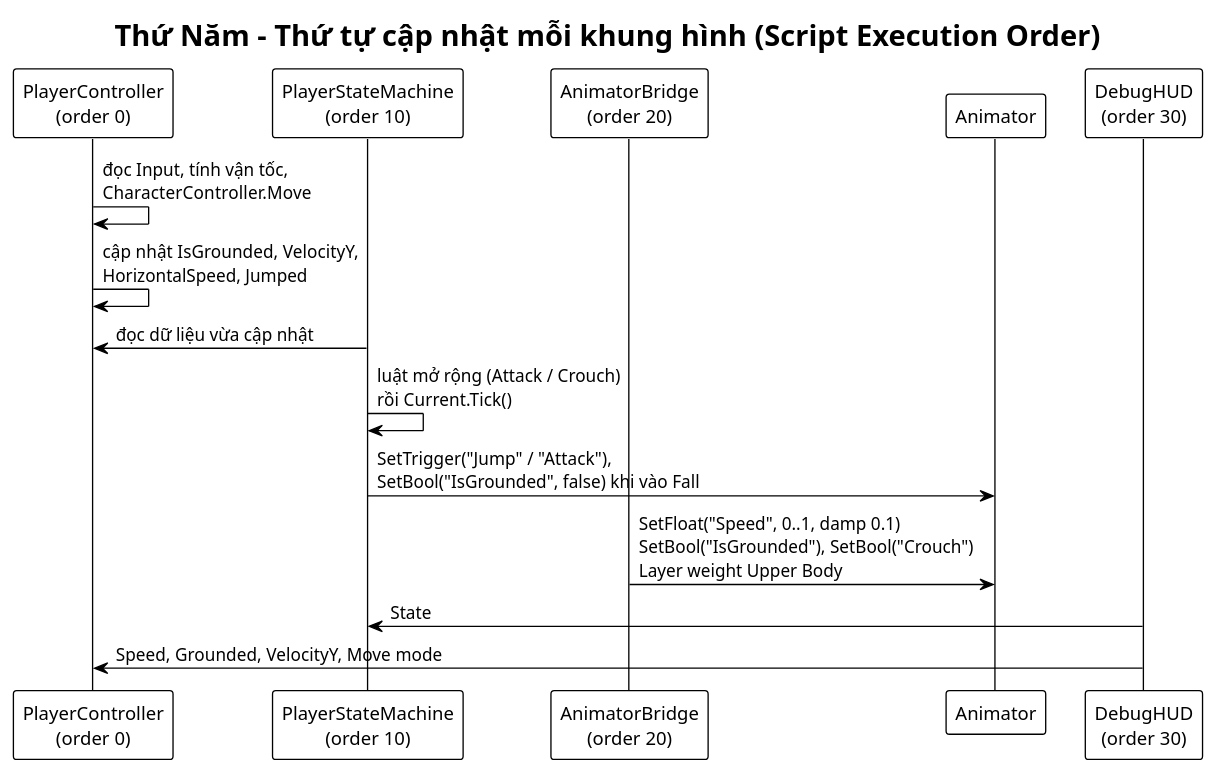
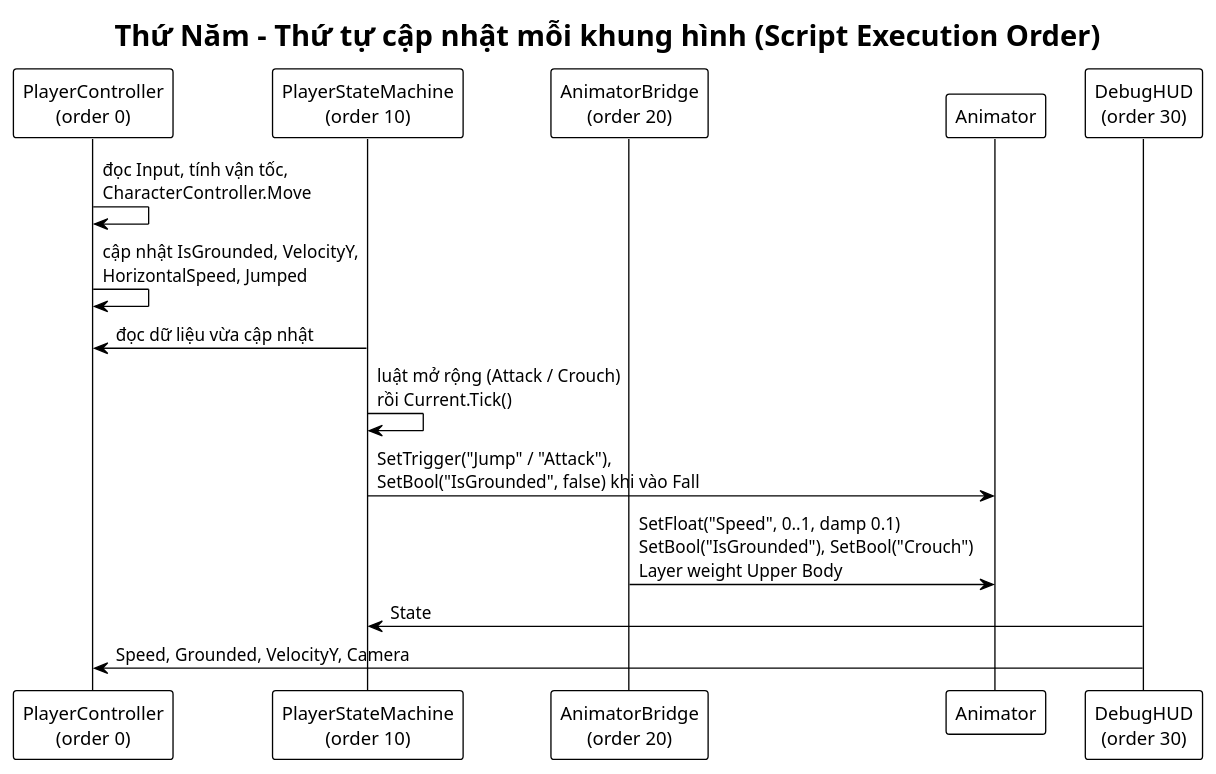
Before and after one commit to Vu-QuocHuy/game-3D-bao-cao: the third of 4 diagrams in Docs/Diagrams.puml, drawn with PlantUML. The commit also changed other lines of this file and 33 other files, not shown here.

```diff
--- a/Docs/Diagrams.puml
+++ b/Docs/Diagrams.puml
@@ -104,20 +106,20 @@
 @startuml ThuNam_Update_Order
 !theme plain
 
 title Thứ Năm - Thứ tự cập nhật mỗi khung hình (Script Execution Order)
 
 participant "PlayerController\n(order 0)" as PC
 participant "PlayerStateMachine\n(order 10)" as SM
 participant "AnimatorBridge\n(order 20)" as AB
 participant "Animator" as AN
 participant "DebugHUD\n(order 30)" as HUD
 
 PC -> PC : đọc Input, tính vận tốc,\nCharacterController.Move
 PC -> PC : cập nhật IsGrounded, VelocityY,\nHorizontalSpeed, Jumped
 SM -> PC : đọc dữ liệu vừa cập nhật
 SM -> SM : luật mở rộng (Attack / Crouch)\nrồi Current.Tick()
 SM -> AN : SetTrigger("Jump" / "Attack"),\nSetBool("IsGrounded", false) khi vào Fall
 AB -> AN : SetFloat("Speed", 0..1, damp 0.1)\nSetBool("IsGrounded"), SetBool("Crouch")\nLayer weight Upper Body
 HUD -> SM : State
-HUD -> PC : Speed, Grounded, VelocityY, Move mode
+HUD -> PC : Speed, Grounded, VelocityY, Camera
 @enduml
```
